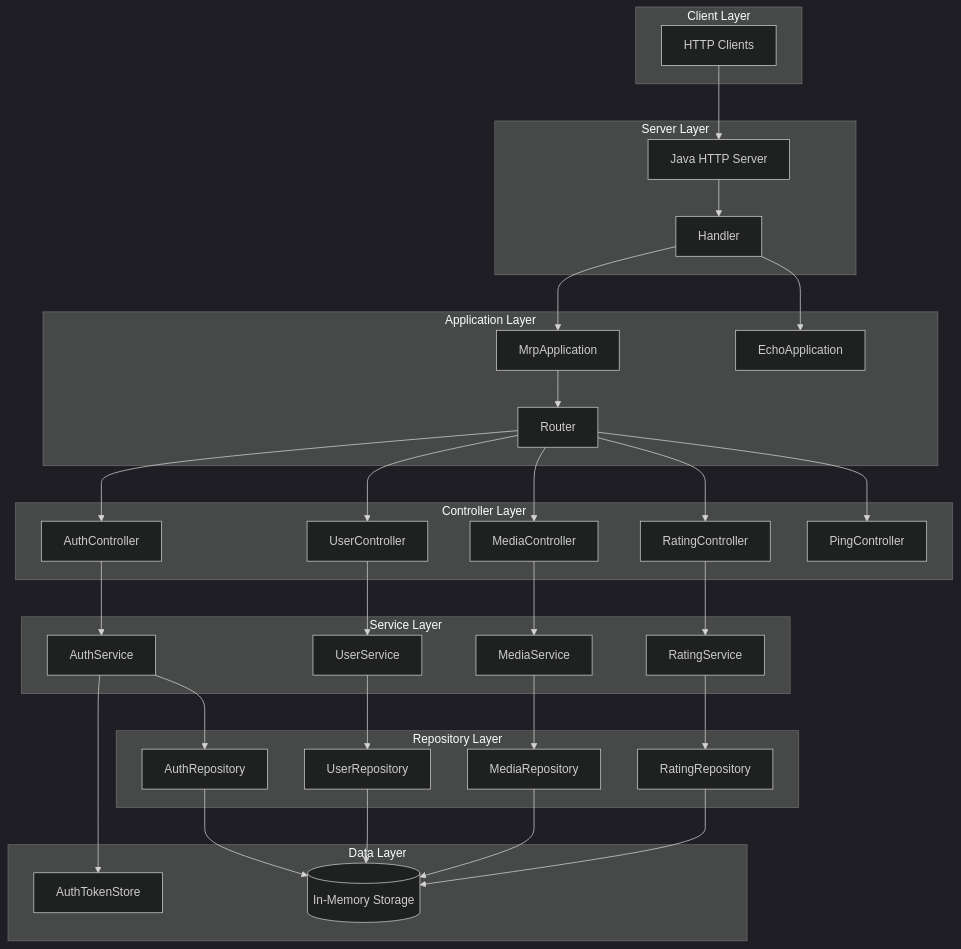
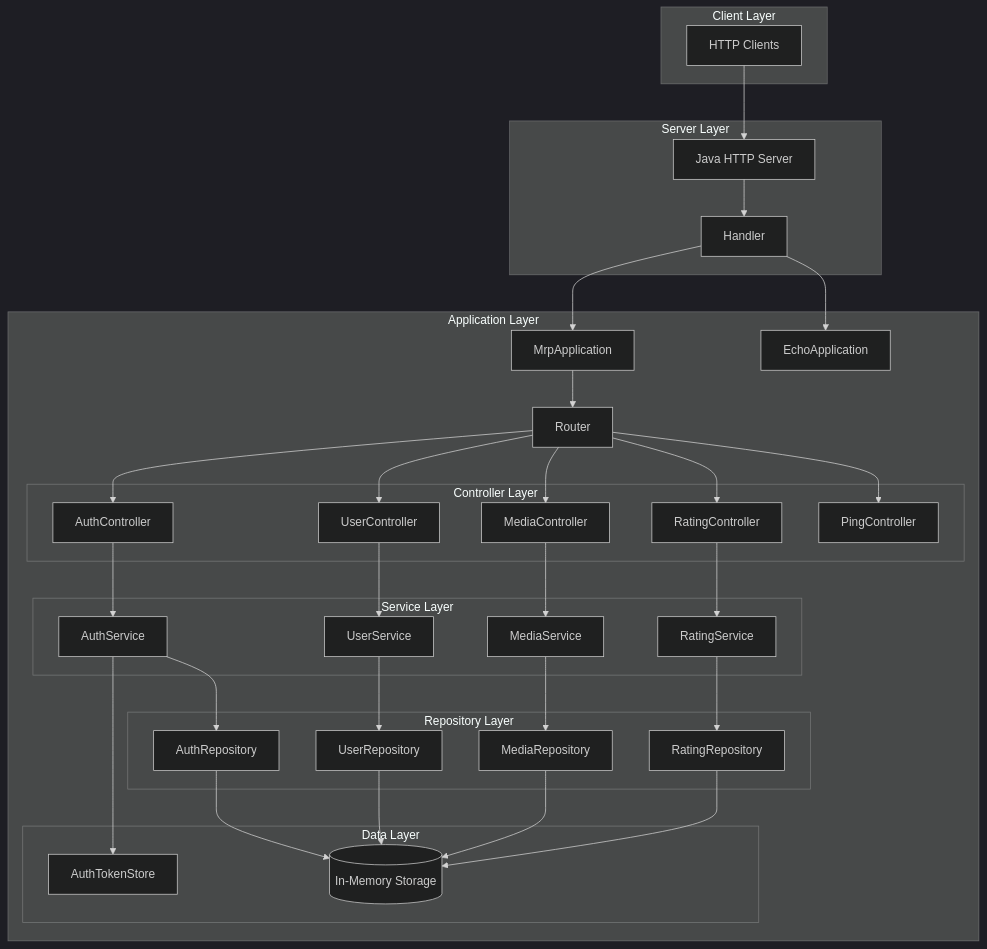
One commit to Pascal07/SWEN_MRP_Project changed the first of 6 diagrams in protocol.md. Above: the diagram before and after it, drawn with Mermaid (dark theme).

Commit message:
Update protocol documentation to include complete subgraph definitions for Controller, Service, Repository, and Data layers

````diff
--- a/protocol.md
+++ b/protocol.md
@@ -13,71 +13,73 @@
 ```mermaid
 graph TB
     subgraph "Client Layer"
         C[HTTP Clients]
     end
     
     subgraph "Server Layer"
         S[Java HTTP Server]
         H[Handler]
     end
     
     subgraph "Application Layer"
         MA[MrpApplication]
         EA[EchoApplication]
         R[Router]
+
+        subgraph "Controller Layer"
+            AC[AuthController]
+            UC[UserController]
+            MC[MediaController]
+            RC[RatingController]
+            PC[PingController]
+        end
+
+        subgraph "Service Layer"
+            AS[AuthService]
+            US[UserService]
+            MS[MediaService]
+            RS[RatingService]
+        end
+
+        subgraph "Repository Layer"
+            AR[AuthRepository]
+            UR[UserRepository]
+            MR[MediaRepository]
+            RR[RatingRepository]
+        end
+
+        subgraph "Data Layer"
+            TS[AuthTokenStore]
+            DB[(In-Memory Storage)]
+        end
     end
     
-    subgraph "Controller Layer"
-        AC[AuthController]
-        UC[UserController]
-        MC[MediaController]
-        RC[RatingController]
-        PC[PingController]
-    end
     
-    subgraph "Service Layer"
-        AS[AuthService]
-        US[UserService]
-        MS[MediaService]
-        RS[RatingService]
-    end
-    
-    subgraph "Repository Layer"
-        AR[AuthRepository]
-        UR[UserRepository]
-        MR[MediaRepository]
-        RR[RatingRepository]
-    end
-    
-    subgraph "Data Layer"
-        TS[AuthTokenStore]
-        DB[(In-Memory Storage)]
-    end
     
     C --> S
     S --> H
     H --> MA
     H --> EA
     MA --> R
     R --> AC
     R --> UC
     R --> MC
     R --> RC
     R --> PC
     
     AC --> AS
     UC --> US
     MC --> MS
     RC --> RS
     
     AS --> AR
     US --> UR
     MS --> MR
     RS --> RR
     
     AS --> TS
     AR --> DB
     UR --> DB
     MR --> DB
     RR --> DB
 ```
````
